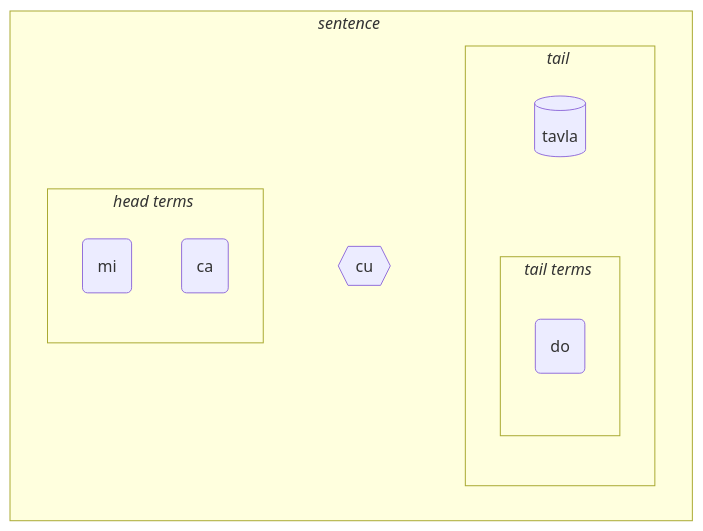
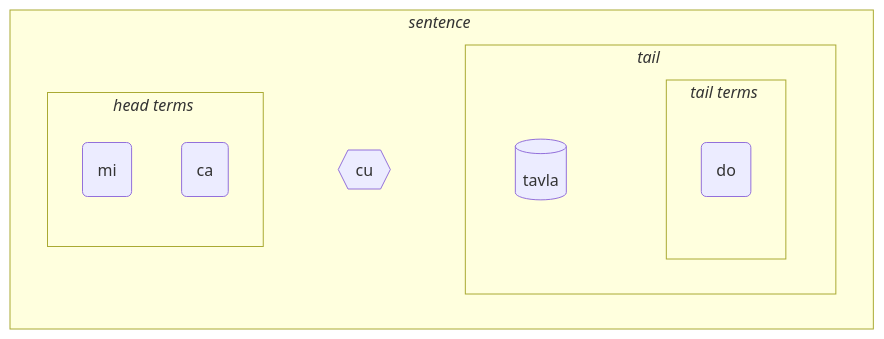
The first of 3 diagrams in data/pages/books/learn-lojban.md (La-Lojban/lojban.pw), drawn with Mermaid before and after one commit. The commit also changed 3 other files, not shown here.

Commit message:
feat: 🎸 fix diagram style

````diff
--- a/data/pages/books/learn-lojban.md
+++ b/data/pages/books/learn-lojban.md
@@ -177,31 +177,31 @@
 ```mermaid
 flowchart LR
     %% common structure:
     subgraph sentence["<i>sentence</i>#nbsp;"]
         direction LR
         head-terms
         cu{{"cu"}}
         tail
     end
     head-terms ~~~ cu ~~~ tail
     subgraph tail["<i>tail</i>#nbsp;"]
-        %% direction LR
+        direction LR
         selbri ~~~ tail-terms
     end
     %%  semi-automated
     subgraph head-terms["<i>head terms</i>#nbsp;"]
         t1
         t2
     end
     subgraph tail-terms["<i>tail terms</i>#nbsp;"]
         tt3
         %% tt4
     end
     %%todo: automatically link all terms to selbri
 
     t1(mi)
     t2(ca)
     selbri[(tavla)]
     tt3(do)
     %% tt4["la .lojban."]
 ```
````
